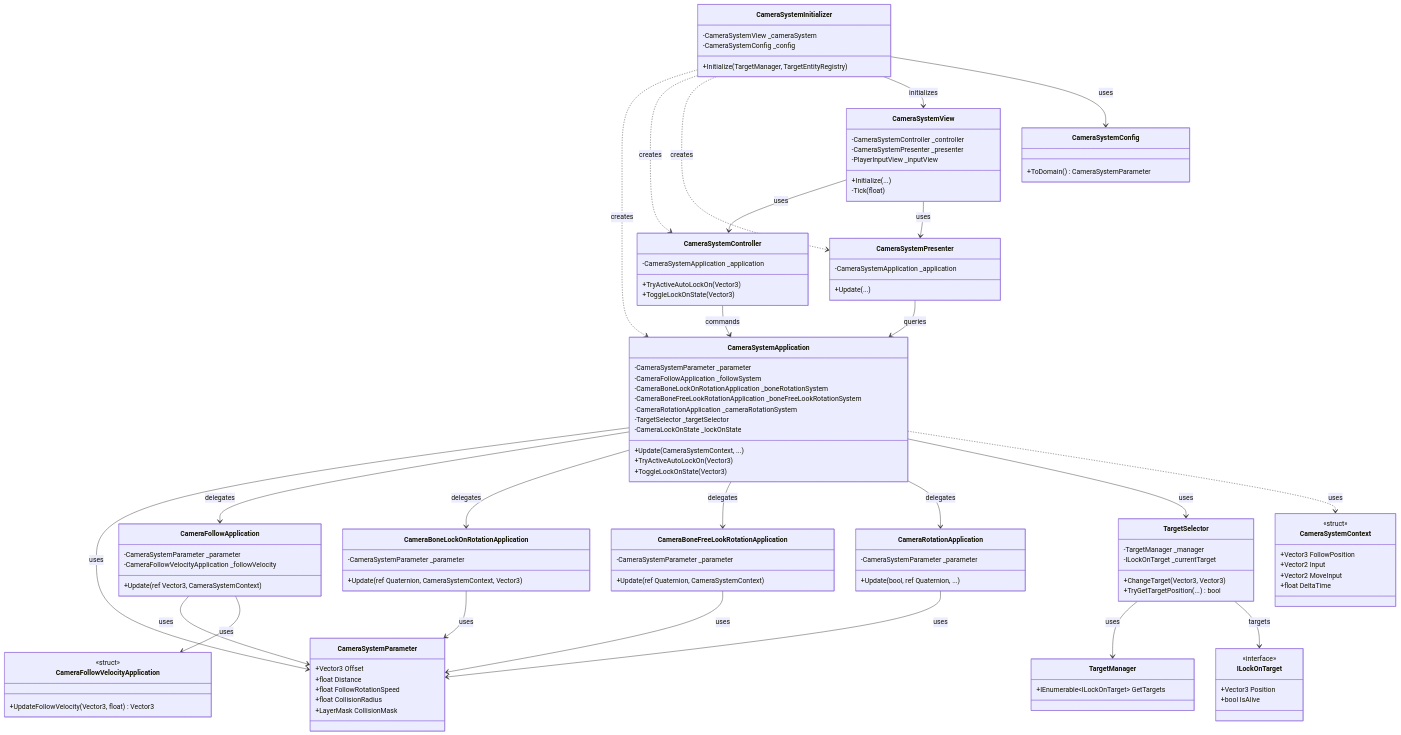
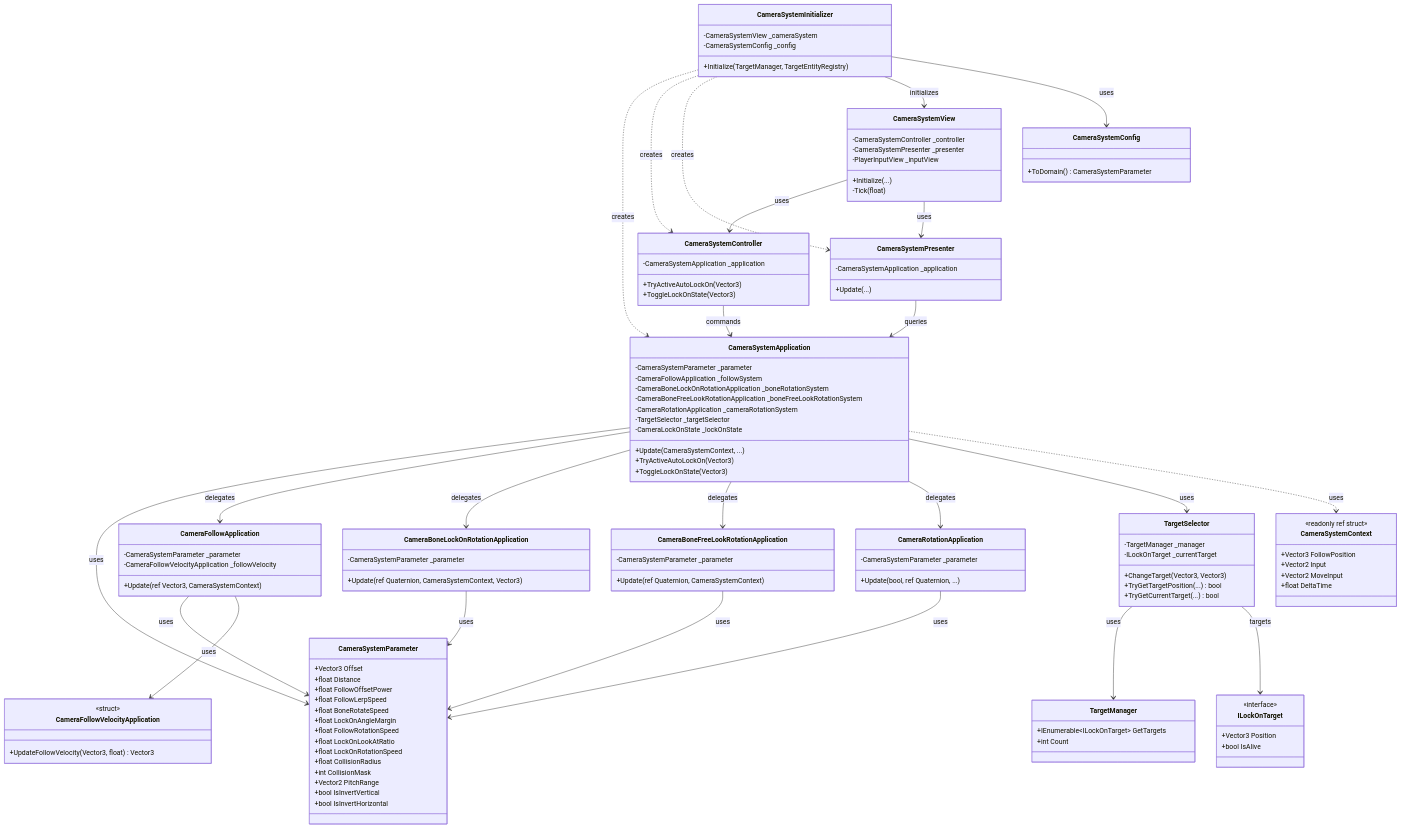
One commit to HIBIKI5201/SymphonyKillChord changed the diagram in Assets/Docs/ScriptsDocs/Modules/InGame-Camera.md. Above: the diagram before and after it, drawn with Mermaid. The commit also changed other lines of this file, not shown here.

```diff
--- a/Assets/Docs/ScriptsDocs/Modules/InGame-Camera.md
+++ b/Assets/Docs/ScriptsDocs/Modules/InGame-Camera.md
@@ -90,9 +97,18 @@
     class CameraSystemParameter {
         +Vector3 Offset
         +float Distance
+        +float FollowOffsetPower
+        +float FollowLerpSpeed
+        +float BoneRotateSpeed
+        +float LockOnAngleMargin
         +float FollowRotationSpeed
+        +float LockOnLookAtRatio
+        +float LockOnRotationSpeed
         +float CollisionRadius
-        +LayerMask CollisionMask
+        +int CollisionMask
+        +Vector2 PitchRange
+        +bool IsInvertVertical
+        +bool IsInvertHorizontal
     }
 
     class CameraFollowApplication {
@@ -126,10 +142,12 @@
         -ILockOnTarget _currentTarget
         +ChangeTarget(Vector3, Vector3)
         +TryGetTargetPosition(...) bool
+        +TryGetCurrentTarget(...) bool
     }
 
     class TargetManager {
         +IEnumerable~ILockOnTarget~ GetTargets
+        +int Count
     }
 
     class ILockOnTarget {
@@ -139,7 +157,7 @@
     }
 
     class CameraSystemContext {
-        <<struct>>
+        <<readonly ref struct>>
         +Vector3 FollowPosition
         +Vector2 Input
         +Vector2 MoveInput
```
